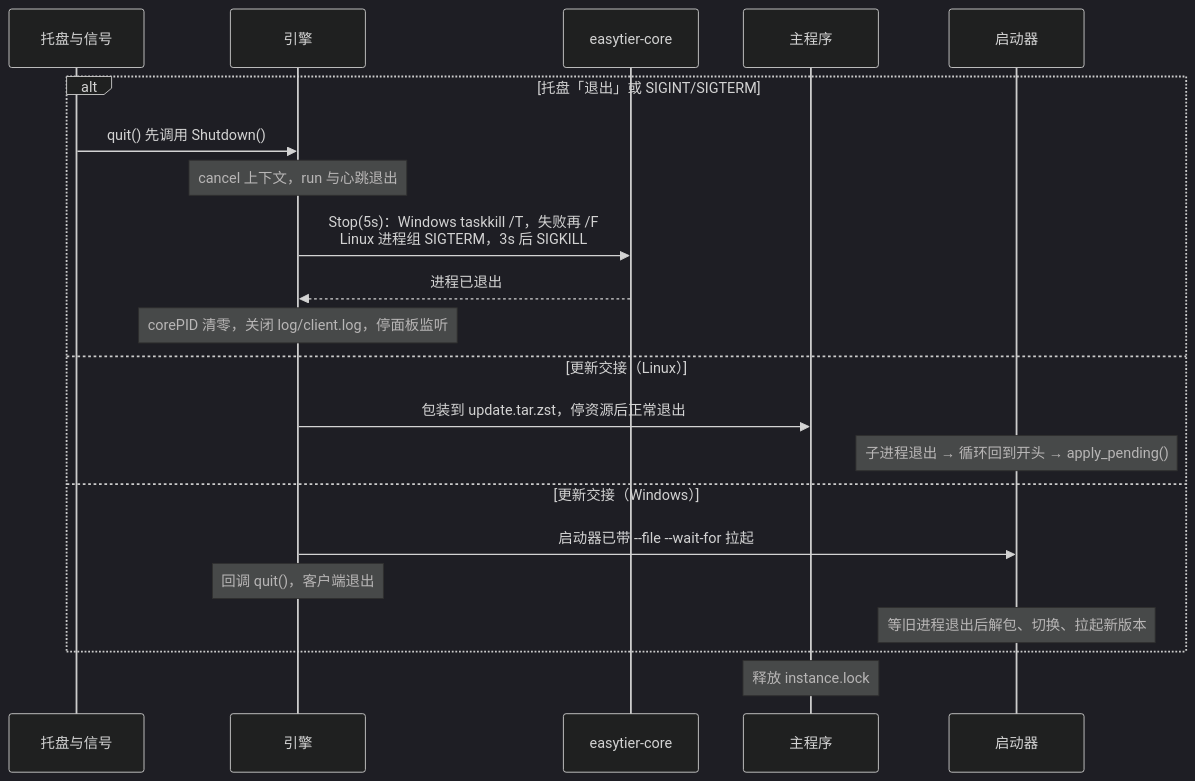
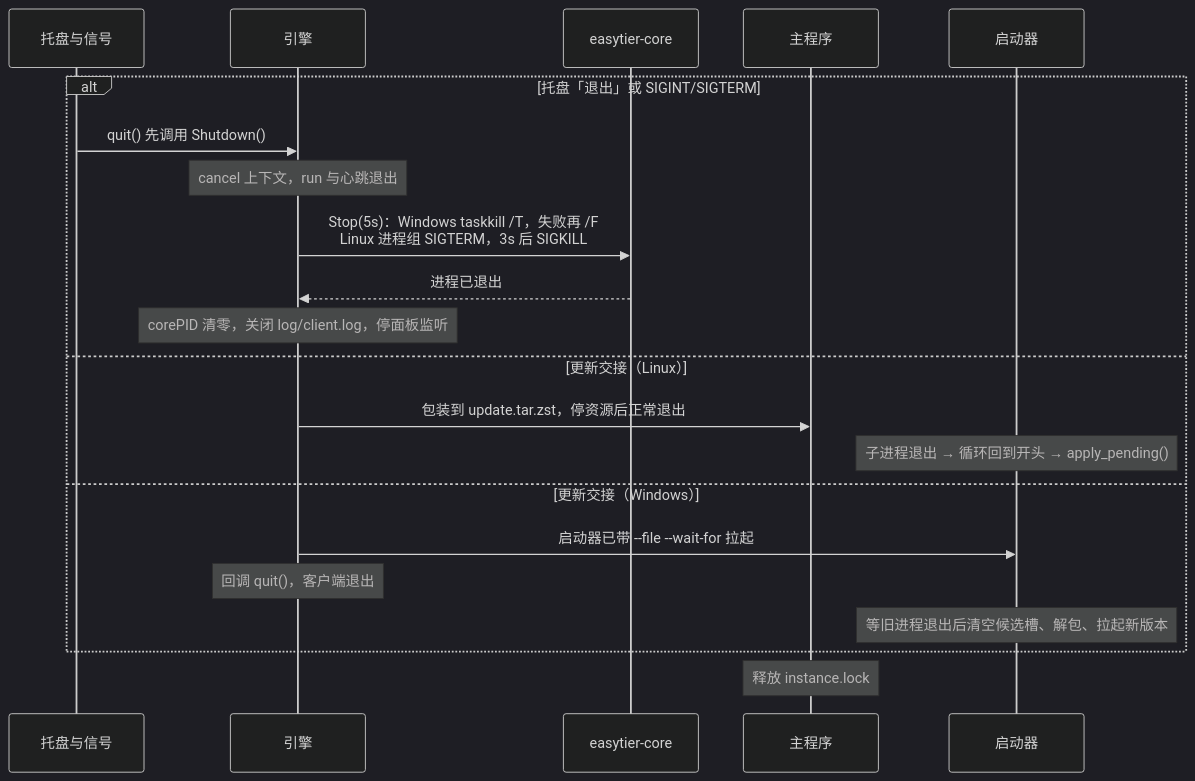
Before and after one commit to hiromuraki/mesh-client: the fifth of 5 diagrams in docs/flows.md, drawn with Mermaid (dark theme). The commit also changed other lines of this file and 4 other files, not shown here.

````diff
--- a/docs/flows.md
+++ b/docs/flows.md
@@ -163,24 +166,24 @@
 ```mermaid
 sequenceDiagram
   participant UI as 托盘与信号
   participant E as 引擎
   participant C as easytier-core
   participant M as 主程序
   participant L as 启动器
 
   alt 托盘「退出」或 SIGINT/SIGTERM
     UI->>E: quit() 先调用 Shutdown()
     Note over E: cancel 上下文，run 与心跳退出
     E->>C: Stop(5s)：Windows taskkill /T，失败再 /F<br/>Linux 进程组 SIGTERM，3s 后 SIGKILL
     C-->>E: 进程已退出
     Note over E: corePID 清零，关闭 log/client.log，停面板监听
   else 更新交接（Linux）
     E->>M: 包装到 update.tar.zst，停资源后正常退出
     Note over L: 子进程退出 → 循环回到开头 → apply_pending()
   else 更新交接（Windows）
     E->>L: 启动器已带 --file --wait-for 拉起
     Note over E: 回调 quit()，客户端退出
-    Note over L: 等旧进程退出后解包、切换、拉起新版本
+    Note over L: 等旧进程退出后清空候选槽、解包、拉起新版本
   end
   Note over M: 释放 instance.lock
 ```
````
